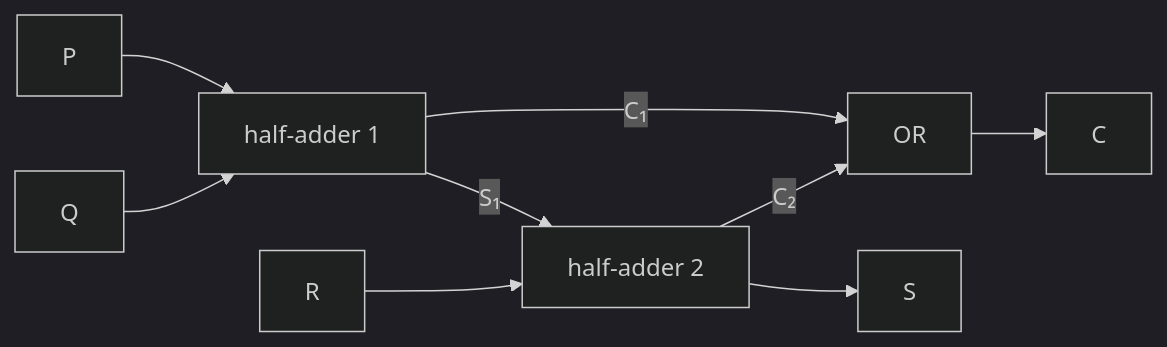
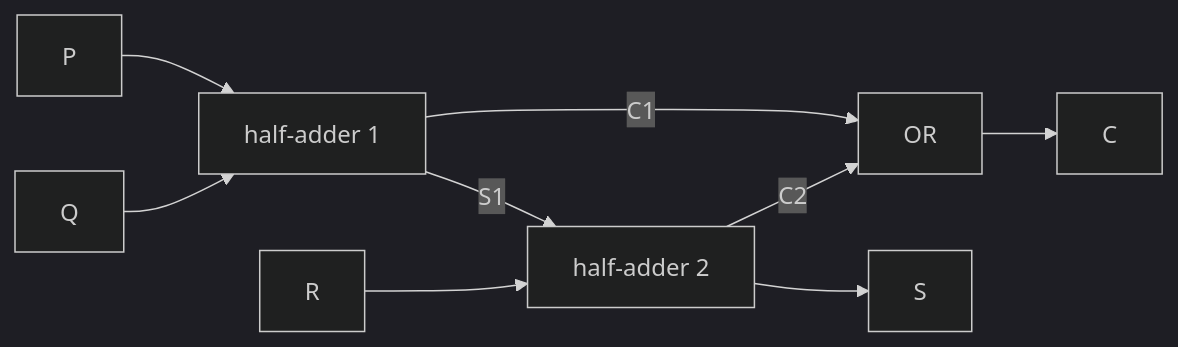
Before and after one commit to Choroning/25Fall_Discrete-Mathematics: the fourth of 5 diagrams in Lecture-Notes/Ch02_The-Logic-of-Compound-Statements/Concepts_Lecture.md, drawn with Mermaid (dark theme). The commit also changed other lines of this file and 37 other files, not shown here.

````diff
--- a/Lecture-Notes/Ch02_The-Logic-of-Compound-Statements/Concepts_Lecture.md
+++ b/Lecture-Notes/Ch02_The-Logic-of-Compound-Statements/Concepts_Lecture.md
@@ -1700,11 +1704,11 @@
 ```mermaid
 graph LR
     P["P"] --> H1["half-adder 1"]
     Q["Q"] --> H1
-    H1 -->|"S₁"| H2["half-adder 2"]
+    H1 -->|"S1"| H2["half-adder 2"]
     R["R"] --> H2
-    H1 -->|"C₁"| OR1["OR"]
-    H2 -->|"C₂"| OR1
+    H1 -->|"C1"| OR1["OR"]
+    H2 -->|"C2"| OR1
     OR1 --> COUT["C"]
     H2 --> SOUT["S"]
 ```
````
